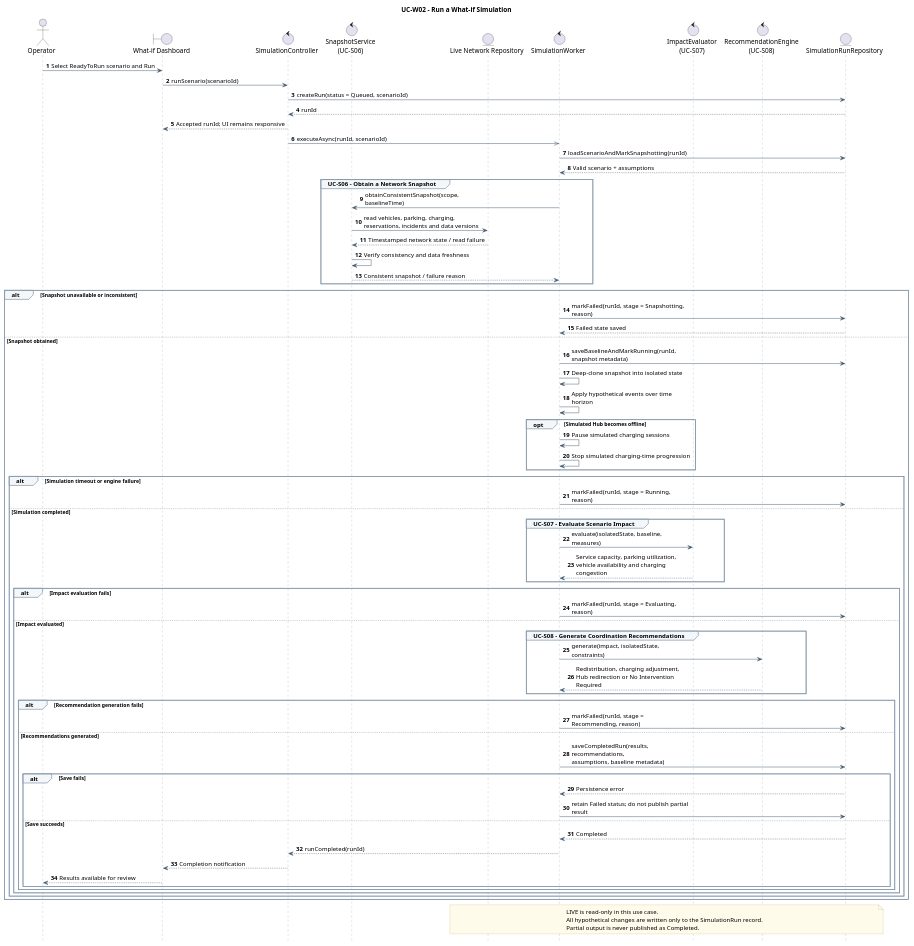
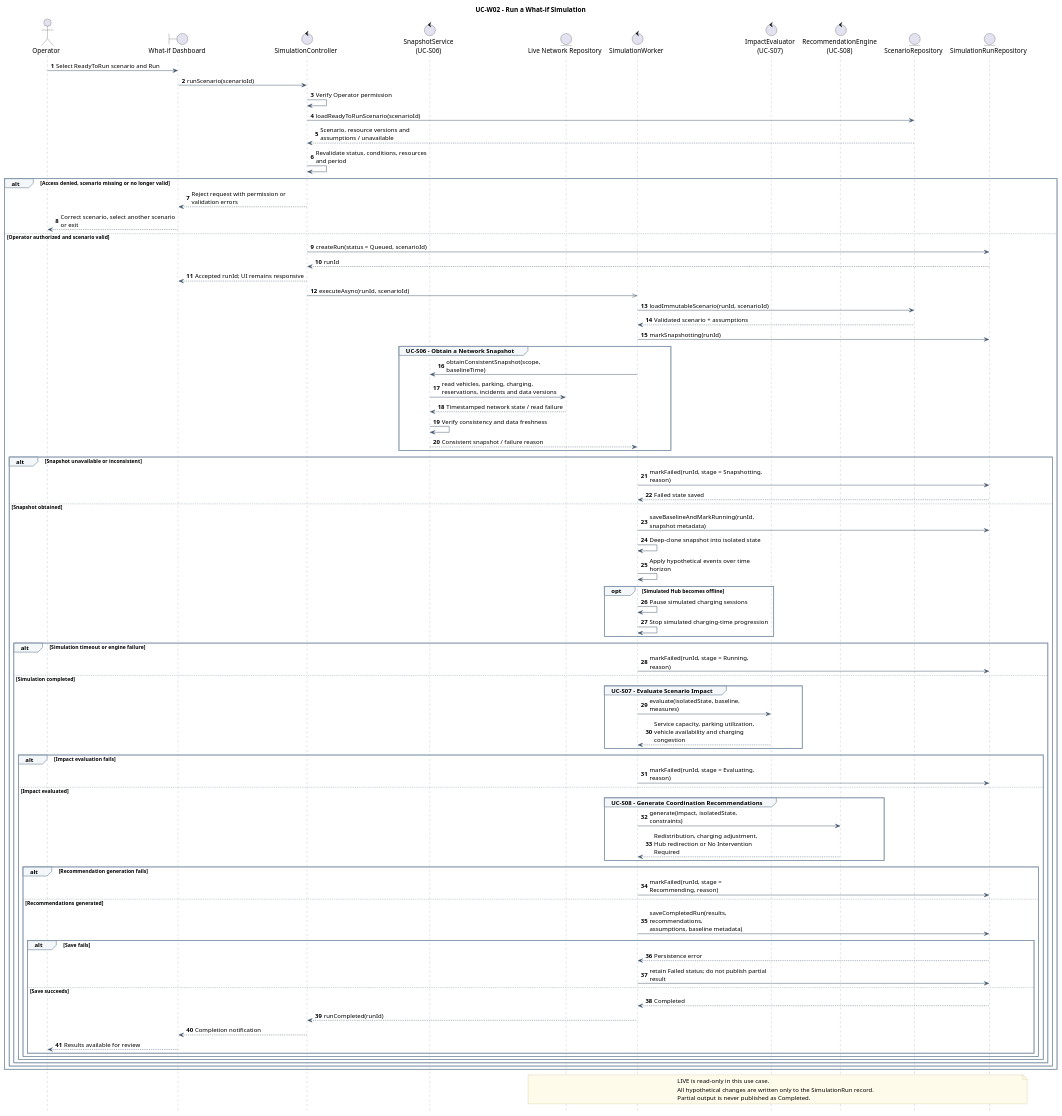
Before and after one commit to thanhpham1108/smart-e-mobility-hub: the diagram in docs/submission-2/sequence-diagrams/what-if-simulation/SD_RunWhatIfSimulation.puml, drawn with PlantUML. The commit also changed 23 other files, not shown here.

```diff
--- a/docs/submission-2/sequence-diagrams/what-if-simulation/SD_RunWhatIfSimulation.puml
+++ b/docs/submission-2/sequence-diagrams/what-if-simulation/SD_RunWhatIfSimulation.puml
@@ -1,104 +1,116 @@
 @startuml SD_RunWhatIfSimulation
 title UC-W02 - Run a What-if Simulation
 hide footbox
 autonumber
 
 skinparam backgroundColor #FFFFFF
 skinparam shadowing false
 skinparam defaultFontName SansSerif
 skinparam maxMessageSize 260
 skinparam sequence {
   ArrowColor #42566B
   LifeLineBorderColor #8295A8
   LifeLineBackgroundColor #D8EAFE
   ParticipantBorderColor #42566B
   ParticipantBackgroundColor #E8F1FA
   GroupBorderColor #8295A8
   GroupBackgroundColor #F4F7FA
 }
 skinparam note {
   BackgroundColor #FFFBEB
   BorderColor #BBA86A
 }
 
 actor Operator as OP
 boundary "What-if Dashboard" as UI
 control "SimulationController" as C
 control "SnapshotService\n(UC-S06)" as SS
 entity "Live Network Repository" as LIVE
 control "SimulationWorker" as SW
 control "ImpactEvaluator\n(UC-S07)" as IE
 control "RecommendationEngine\n(UC-S08)" as RE
+entity "ScenarioRepository" as SR
 entity "SimulationRunRepository" as RR
 
 OP -> UI: Select ReadyToRun scenario and Run
 UI -> C: runScenario(scenarioId)
-C -> RR: createRun(status = Queued, scenarioId)
-RR --> C: runId
-C --> UI: Accepted runId; UI remains responsive
-C ->> SW: executeAsync(runId, scenarioId)
+C -> C: Verify Operator permission
+C -> SR: loadReadyToRunScenario(scenarioId)
+SR --> C: Scenario, resource versions and assumptions / unavailable
+C -> C: Revalidate status, conditions, resources and period
 
-SW -> RR: loadScenarioAndMarkSnapshotting(runId)
-RR --> SW: Valid scenario + assumptions
+alt Access denied, scenario missing or no longer valid
+  C --> UI: Reject request with permission or validation errors
+  UI --> OP: Correct scenario, select another scenario or exit
+else Operator authorized and scenario valid
+  C -> RR: createRun(status = Queued, scenarioId)
+  RR --> C: runId
+  C --> UI: Accepted runId; UI remains responsive
+  C ->> SW: executeAsync(runId, scenarioId)
 
-group UC-S06 - Obtain a Network Snapshot
-  SW -> SS: obtainConsistentSnapshot(scope, baselineTime)
-  SS -> LIVE: read vehicles, parking, charging,\nreservations, incidents and data versions
-  LIVE --> SS: Timestamped network state / read failure
-  SS -> SS: Verify consistency and data freshness
-  SS --> SW: Consistent snapshot / failure reason
-end
+  SW -> SR: loadImmutableScenario(runId, scenarioId)
+  SR --> SW: Validated scenario + assumptions
+  SW -> RR: markSnapshotting(runId)
 
-alt Snapshot unavailable or inconsistent
-  SW -> RR: markFailed(runId, stage = Snapshotting, reason)
-  RR --> SW: Failed state saved
-else Snapshot obtained
-  SW -> RR: saveBaselineAndMarkRunning(runId, snapshot metadata)
-  SW -> SW: Deep-clone snapshot into isolated state
-  SW -> SW: Apply hypothetical events over time horizon
-
-  opt Simulated Hub becomes offline
-    SW -> SW: Pause simulated charging sessions
-    SW -> SW: Stop simulated charging-time progression
+  group UC-S06 - Obtain a Network Snapshot
+    SW -> SS: obtainConsistentSnapshot(scope, baselineTime)
+    SS -> LIVE: read vehicles, parking, charging,\nreservations, incidents and data versions
+    LIVE --> SS: Timestamped network state / read failure
+    SS -> SS: Verify consistency and data freshness
+    SS --> SW: Consistent snapshot / failure reason
   end
 
-  alt Simulation timeout or engine failure
-    SW -> RR: markFailed(runId, stage = Running, reason)
-  else Simulation completed
-    group UC-S07 - Evaluate Scenario Impact
-      SW -> IE: evaluate(isolatedState, baseline, measures)
-      IE --> SW: Service capacity, parking utilization,\nvehicle availability and charging congestion
+  alt Snapshot unavailable or inconsistent
+    SW -> RR: markFailed(runId, stage = Snapshotting, reason)
+    RR --> SW: Failed state saved
+  else Snapshot obtained
+    SW -> RR: saveBaselineAndMarkRunning(runId, snapshot metadata)
+    SW -> SW: Deep-clone snapshot into isolated state
+    SW -> SW: Apply hypothetical events over time horizon
+
+    opt Simulated Hub becomes offline
+      SW -> SW: Pause simulated charging sessions
+      SW -> SW: Stop simulated charging-time progression
     end
 
-    alt Impact evaluation fails
-      SW -> RR: markFailed(runId, stage = Evaluating, reason)
-    else Impact evaluated
-      group UC-S08 - Generate Coordination Recommendations
-        SW -> RE: generate(impact, isolatedState, constraints)
-        RE --> SW: Redistribution, charging adjustment,\nHub redirection or No Intervention Required
+    alt Simulation timeout or engine failure
+      SW -> RR: markFailed(runId, stage = Running, reason)
+    else Simulation completed
+      group UC-S07 - Evaluate Scenario Impact
+        SW -> IE: evaluate(isolatedState, baseline, measures)
+        IE --> SW: Service capacity, parking utilization,\nvehicle availability and charging congestion
       end
 
-      alt Recommendation generation fails
-        SW -> RR: markFailed(runId, stage = Recommending, reason)
-      else Recommendations generated
-        SW -> RR: saveCompletedRun(results, recommendations,\nassumptions, baseline metadata)
-        alt Save fails
-          RR --> SW: Persistence error
-          SW -> RR: retain Failed status; do not publish partial result
-        else Save succeeds
-          RR --> SW: Completed
-          SW --> C: runCompleted(runId)
-          C --> UI: Completion notification
-          UI --> OP: Results available for review
+      alt Impact evaluation fails
+        SW -> RR: markFailed(runId, stage = Evaluating, reason)
+      else Impact evaluated
+        group UC-S08 - Generate Coordination Recommendations
+          SW -> RE: generate(impact, isolatedState, constraints)
+          RE --> SW: Redistribution, charging adjustment,\nHub redirection or No Intervention Required
+        end
+
+        alt Recommendation generation fails
+          SW -> RR: markFailed(runId, stage = Recommending, reason)
+        else Recommendations generated
+          SW -> RR: saveCompletedRun(results, recommendations,\nassumptions, baseline metadata)
+          alt Save fails
+            RR --> SW: Persistence error
+            SW -> RR: retain Failed status; do not publish partial result
+          else Save succeeds
+            RR --> SW: Completed
+            SW --> C: runCompleted(runId)
+            C --> UI: Completion notification
+            UI --> OP: Results available for review
+          end
         end
       end
     end
   end
 end
 
 note over LIVE,RR
 LIVE is read-only in this use case.
 All hypothetical changes are written only to the SimulationRun record.
 Partial output is never published as Completed.
 end note
 @enduml
```
